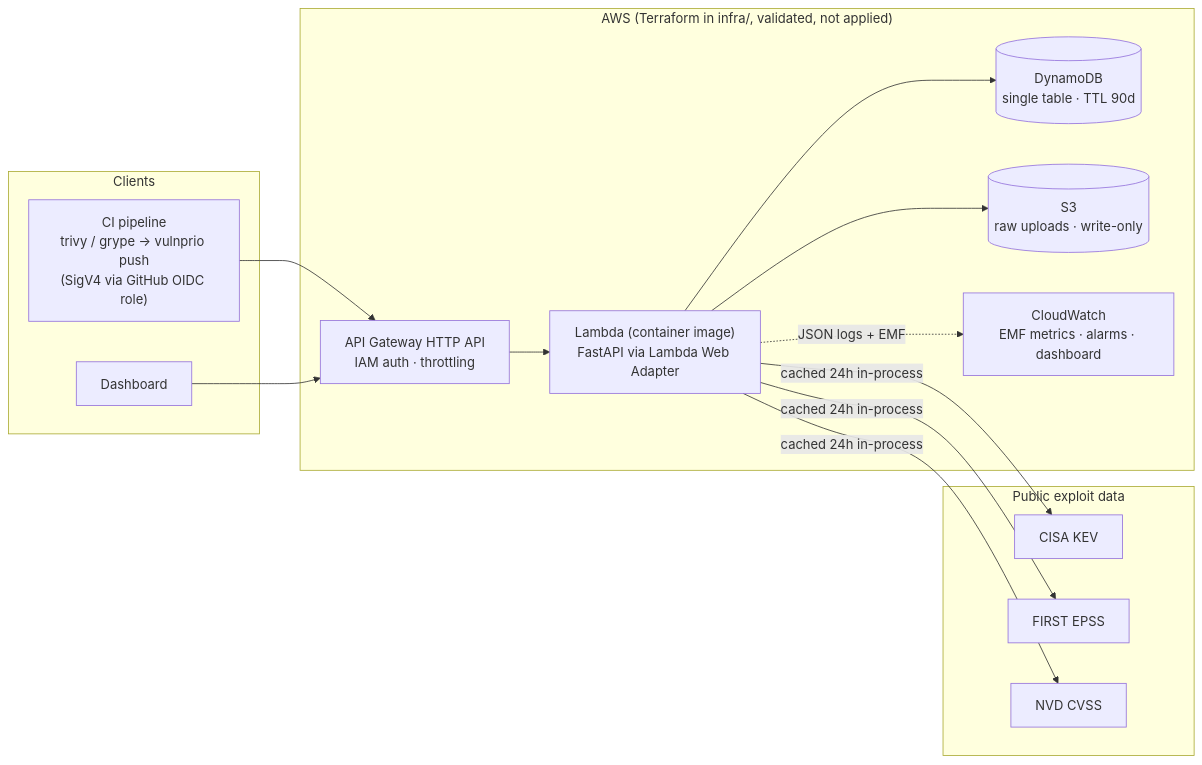
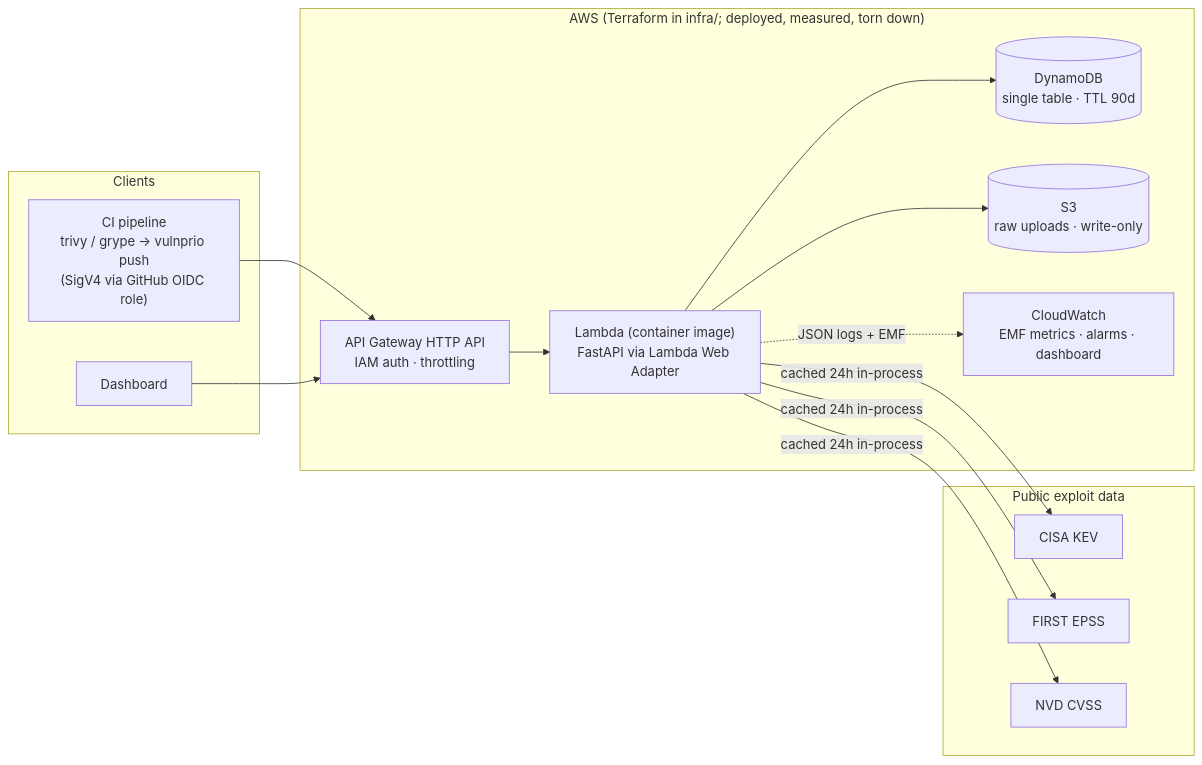
The diagram in README.md (reeve25/vulnprio), drawn with Mermaid before and after one commit. The commit also changed other lines of this file and 6 other files, not shown here.

First line of the commit message:
docs: record the AWS deployment, measured SLOs and teardown

````diff
--- a/README.md
+++ b/README.md
@@ -56,25 +71,25 @@
 ```mermaid
 flowchart LR
   subgraph clients[Clients]
     CI["CI pipeline<br/>trivy / grype → vulnprio push<br/>(SigV4 via GitHub OIDC role)"]
     UI[Dashboard]
   end
-  subgraph aws["AWS (Terraform in infra/, validated, not applied)"]
+  subgraph aws["AWS (Terraform in infra/; deployed, measured, torn down)"]
     APIGW["API Gateway HTTP API<br/>IAM auth · throttling"]
     L["Lambda (container image)<br/>FastAPI via Lambda Web Adapter"]
     DDB[("DynamoDB<br/>single table · TTL 90d")]
     S3[("S3<br/>raw uploads · write-only")]
     CW["CloudWatch<br/>EMF metrics · alarms · dashboard"]
   end
   subgraph feeds[Public exploit data]
     KEV[CISA KEV]
     EPSS[FIRST EPSS]
     NVD[NVD CVSS]
   end
   CI --> APIGW --> L
   UI --> APIGW
   L --> DDB
   L --> S3
   L -. JSON logs + EMF .-> CW
   L -- "cached 24h in-process" --> KEV & EPSS & NVD
 ```
````
